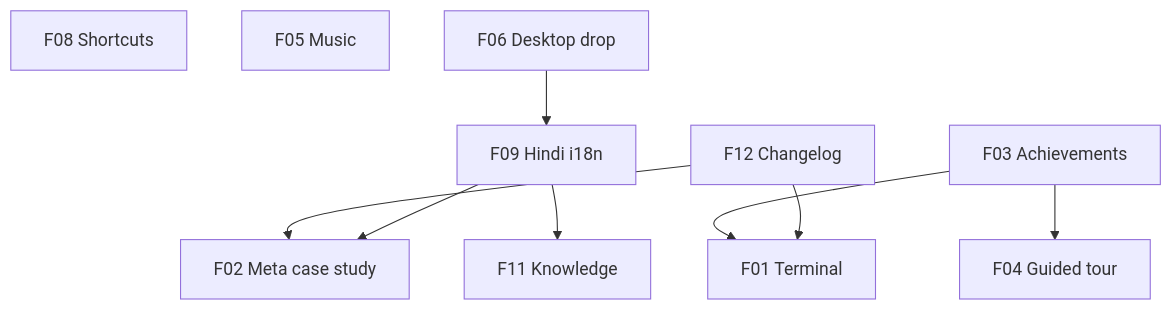
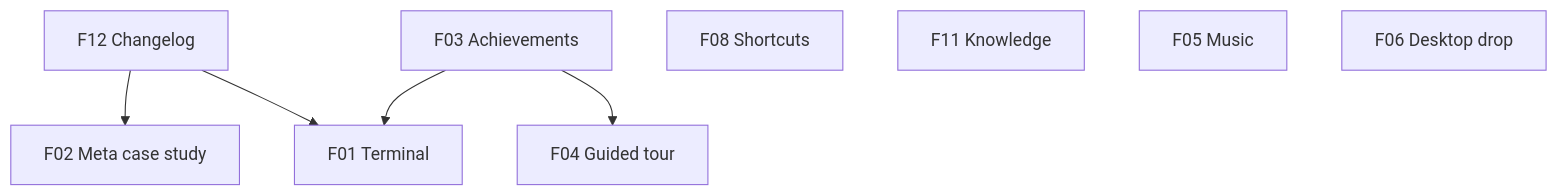
Before and after one commit to jaisehgal26/portfolioOS: the diagram in .sdlc/jaios-feature-roadmap.md, drawn with Mermaid. The commit also changed other lines of this file and 4 other files, not shown here.

````diff
--- a/.sdlc/jaios-feature-roadmap.md
+++ b/.sdlc/jaios-feature-roadmap.md
@@ -491,21 +444,17 @@
 ```mermaid
 flowchart TD
   F12[F12 Changelog]
   F01[F01 Terminal]
   F03[F03 Achievements]
   F04[F04 Guided tour]
   F02[F02 Meta case study]
   F08[F08 Shortcuts]
   F11[F11 Knowledge]
   F05[F05 Music]
   F06[F06 Desktop drop]
-  F09[F09 Hindi i18n]
 
   F03 --> F04
   F03 --> F01
   F12 --> F01
   F12 --> F02
-  F09 --> F02
-  F09 --> F11
-  F06 --> F09
 ```
````
